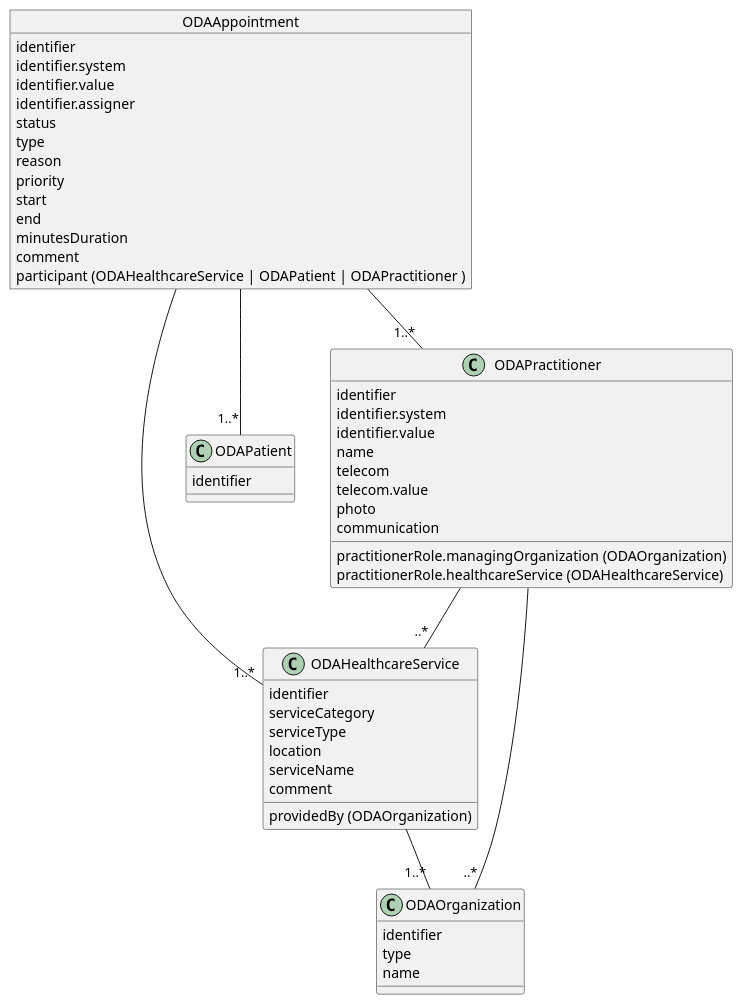
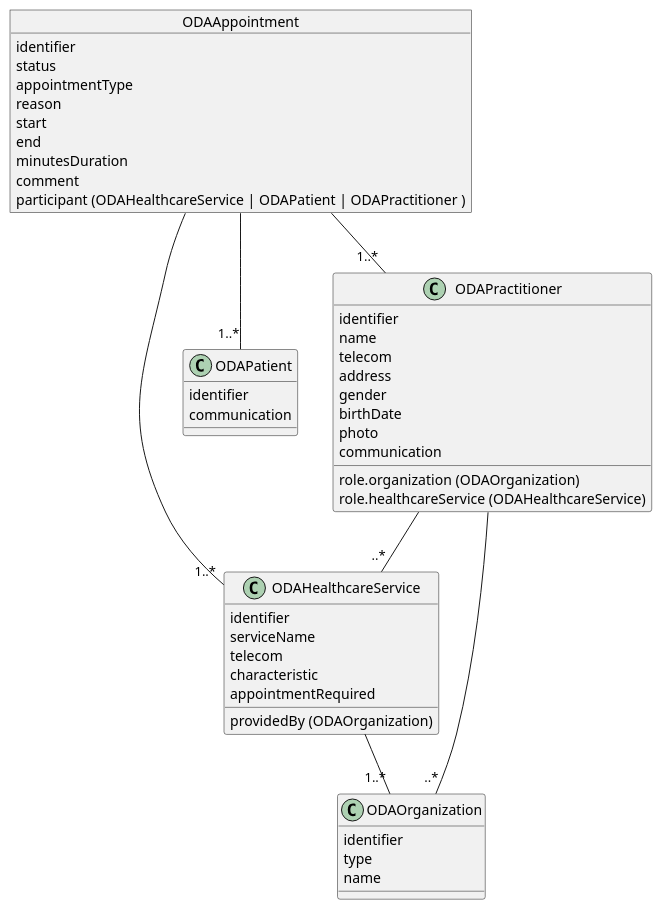
Before and after one commit to omahoito/rfc: the diagram in ODA_ajanvaraus.plantuml, drawn with PlantUML.

```diff
--- a/ODA_ajanvaraus.plantuml
+++ b/ODA_ajanvaraus.plantuml
@@ -1,59 +1,55 @@
 @startuml
 object ODAAppointment{
   identifier
-  identifier.system
-  identifier.value
-  identifier.assigner
   status
-  type
+  appointmentType
   reason
-  priority
   start
   end
   minutesDuration
   comment
   participant (ODAHealthcareService | ODAPatient | ODAPractitioner )
 }
 
 ODAAppointment -- "1..*" ODAHealthcareService
 ODAAppointment -- "1..*" ODAPatient
 ODAAppointment -- "1..*" ODAPractitioner
 
 object ODAHealthcareService{
   identifier
   providedBy (ODAOrganization)
-  serviceCategory
-  serviceType
-  location
   serviceName
-  comment
+  telecom
+  characteristic
+  appointmentRequired
 }
 
 ODAHealthcareService -- "1..*" ODAOrganization
 
 object ODAOrganization{
   identifier
   type
-  name  
+  name
 }
 
 object ODAPatient{
   identifier
+  communication
 }
 
 object ODAPractitioner{
   identifier
-  identifier.system
-  identifier.value
   name
   telecom
-  telecom.value
+  address
+  gender
+  birthDate  
   photo
-  practitionerRole.managingOrganization (ODAOrganization)
-  practitionerRole.healthcareService (ODAHealthcareService)
+  role.organization (ODAOrganization)
+  role.healthcareService (ODAHealthcareService)
   communication
 }
 
 ODAPractitioner -- "..*" ODAOrganization
 ODAPractitioner -- "..*" ODAHealthcareService
 @enduml
```
